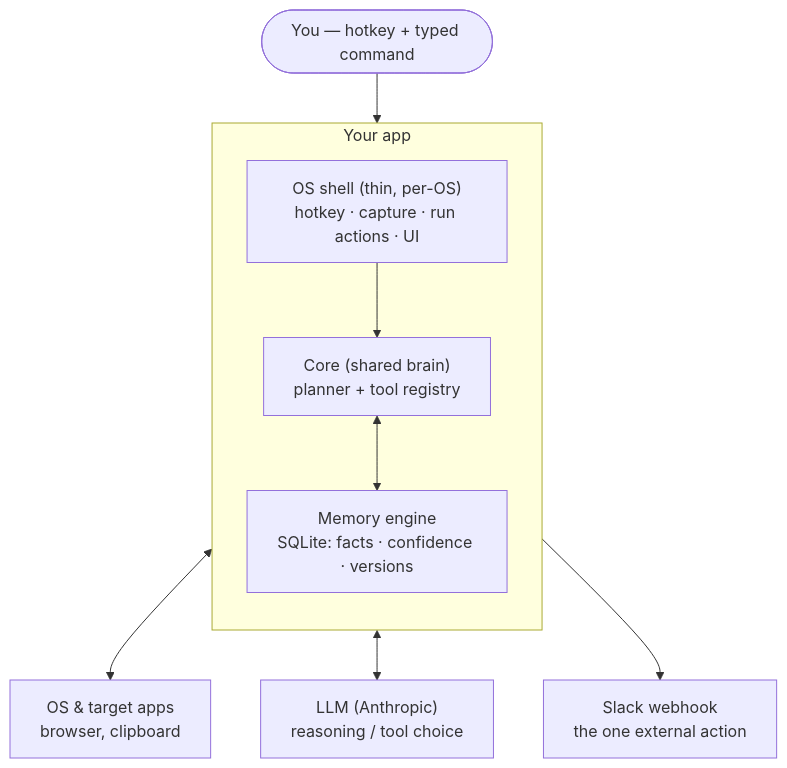
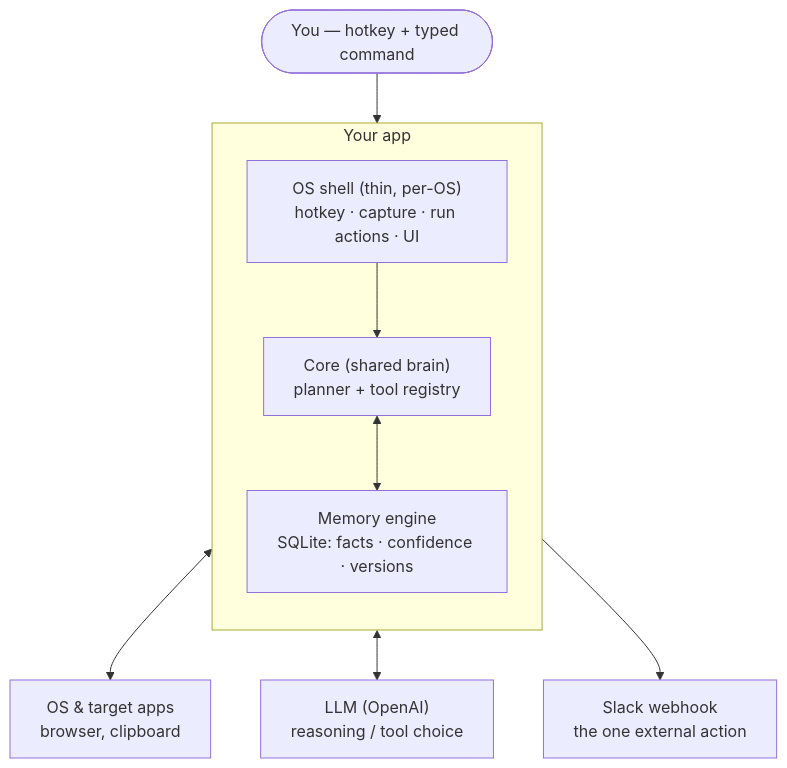
Before and after one commit to Sejall-089/voice-agent: the first of 4 diagrams in ARCHITECTURE.md, drawn with Mermaid. The commit also changed 15 other files, not shown here.

````diff
--- a/ARCHITECTURE.md
+++ b/ARCHITECTURE.md
@@ -28,22 +28,22 @@
 ```mermaid
 flowchart TB
     User(["You — hotkey + typed command"])
 
     subgraph App["Your app"]
         direction TB
         Shell["OS shell (thin, per-OS)<br/>hotkey · capture · run actions · UI"]
         Core["Core (shared brain)<br/>planner + tool registry"]
         Memory["Memory engine<br/>SQLite: facts · confidence · versions"]
         Shell --> Core
         Core <--> Memory
     end
 
-    LLM["LLM (Anthropic)<br/>reasoning / tool choice"]
+    LLM["LLM (OpenAI)<br/>reasoning / tool choice"]
     Slack["Slack webhook<br/>the one external action"]
     OS["OS &amp; target apps<br/>browser, clipboard"]
 
     User --> Shell
     Shell <--> OS
     Core <--> LLM
     Core --> Slack
 ```
````
